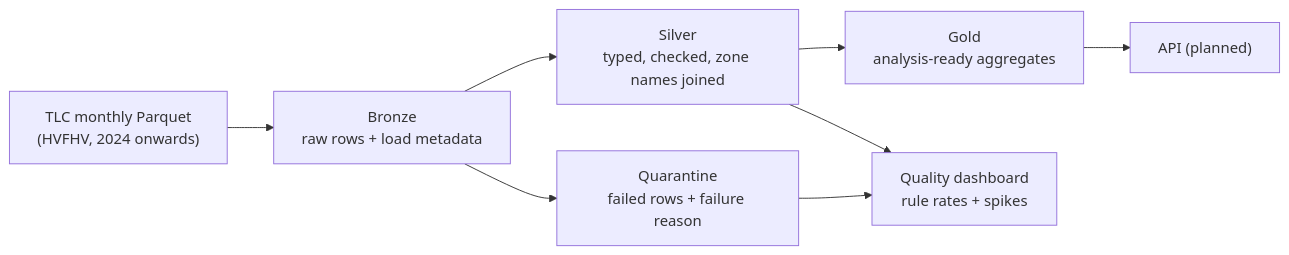
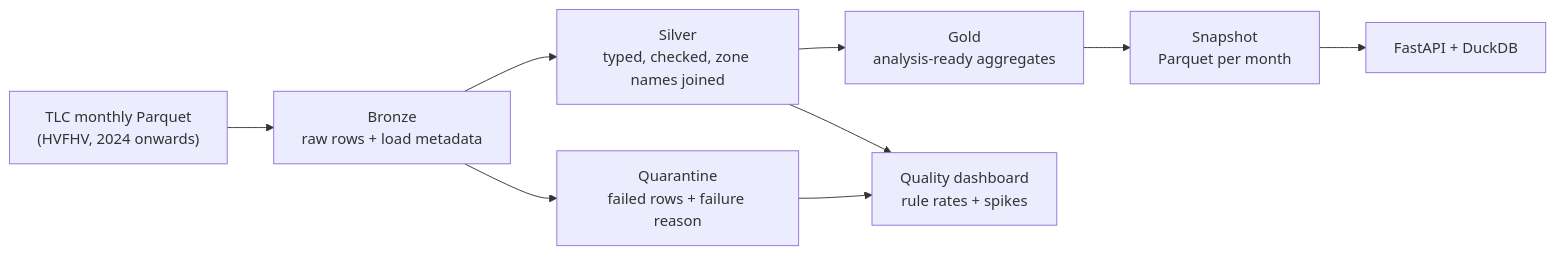
Before and after one commit to NafiulSaputra/mobility-lakehouse: the diagram in README.md, drawn with Mermaid. The commit also changed other lines of this file and 23 other files, not shown here.

Commit message:
feat: serve gold metrics through a FastAPI service over a Parquet snapshot

````diff
--- a/README.md
+++ b/README.md
@@ -32,10 +32,11 @@
 ```mermaid
 flowchart LR
     SRC["TLC monthly Parquet<br/>(HVFHV, 2024 onwards)"] --> B["Bronze<br/>raw rows + load metadata"]
     B --> S["Silver<br/>typed, checked, zone names joined"]
     B --> Q["Quarantine<br/>failed rows + failure reason"]
     S --> G["Gold<br/>analysis-ready aggregates"]
     Q --> D["Quality dashboard<br/>rule rates + spikes"]
     S --> D
-    G --> A["API (planned)"]
+    G --> P["Snapshot<br/>Parquet per month"]
+    P --> A["FastAPI + DuckDB"]
 ```
````
